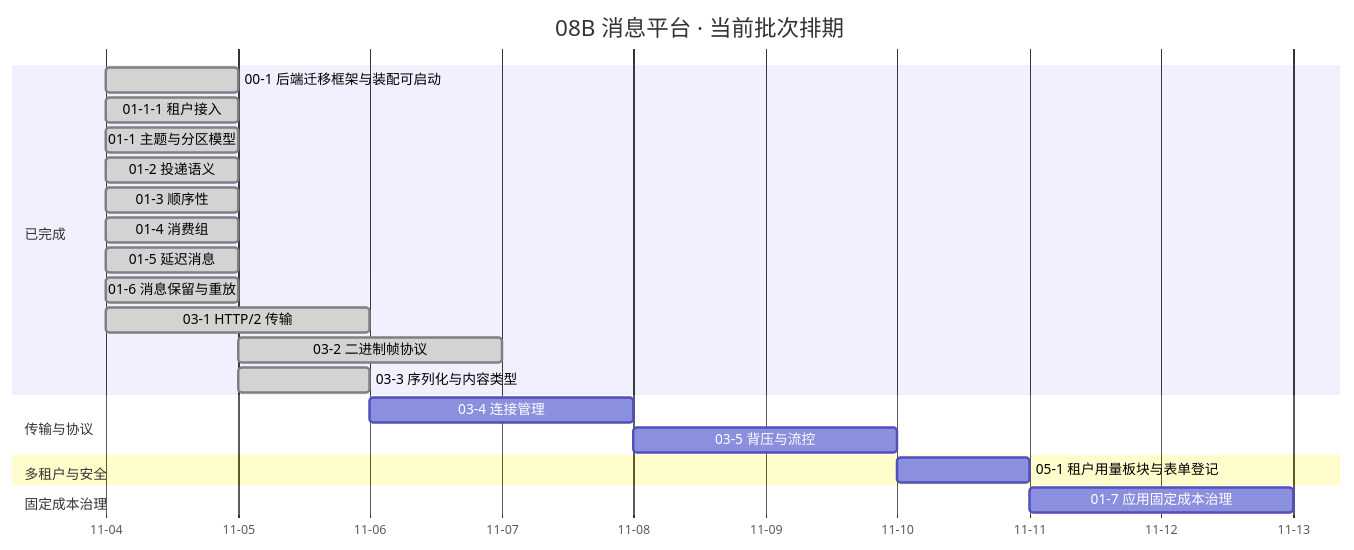
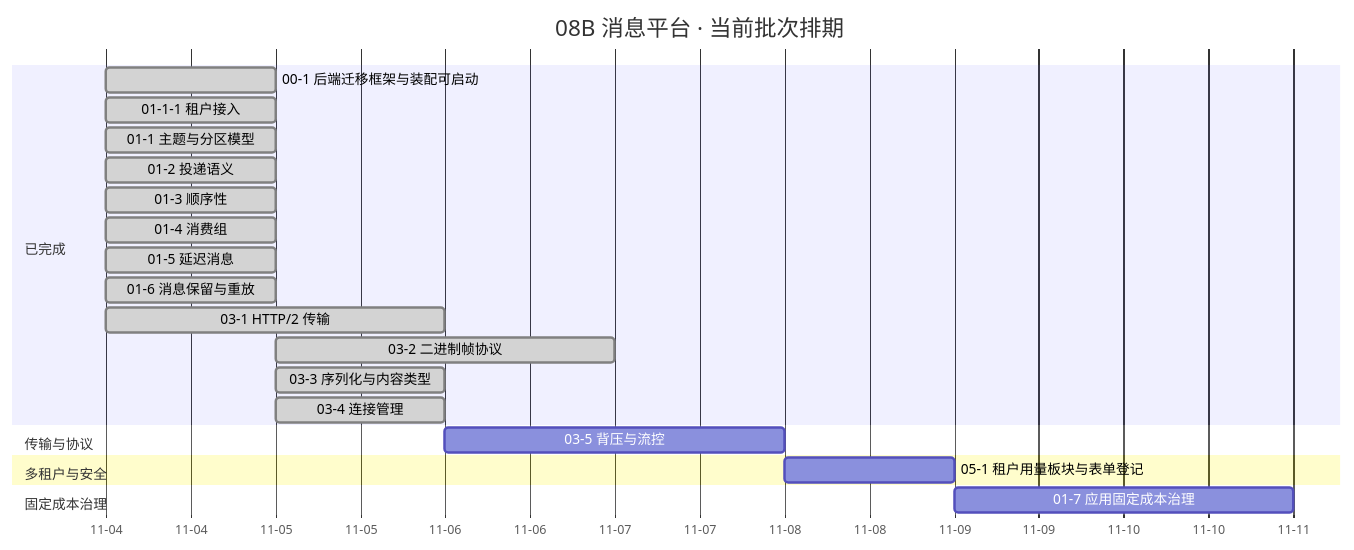
Before and after one commit to minjian123/message-platform: the diagram in msg文档/项目/08B_消息平台/计划/01_计划_消息平台.md, drawn with Mermaid. The commit also changed other lines of this file and 6 other files, not shown here.

````diff
--- a/msg文档/项目/08B_消息平台/计划/01_计划_消息平台.md
+++ b/msg文档/项目/08B_消息平台/计划/01_计划_消息平台.md
@@ -66,26 +66,26 @@
 ```mermaid
 gantt
     title 08B 消息平台 · 当前批次排期
     %% 任务域 02 全部为搁置行（待 8B_01 go/no-go / 8B_05），不入甘特
     dateFormat YYYY-MM-DD
     axisFormat %m-%d
     section 已完成
     00-1 后端迁移框架与装配可启动 :done, d001, 2026-11-04, 1d
     01-1-1 租户接入 :done, d0111, 2026-11-04, 1d
     01-1 主题与分区模型 :done, t011, 2026-11-04, 1d
     01-2 投递语义 :done, t012, 2026-11-04, 1d
     01-3 顺序性 :done, t013, 2026-11-04, 1d
     01-4 消费组 :done, t014, 2026-11-04, 1d
     01-5 延迟消息 :done, t015, 2026-11-04, 1d
     01-6 消息保留与重放 :done, t016, 2026-11-04, 1d
     03-1 HTTP/2 传输 :done, t031, 2026-11-04, 2d
     03-2 二进制帧协议 :done, t032, 2026-11-05, 2d
     03-3 序列化与内容类型 :done, t033, 2026-11-05, 1d
+    03-4 连接管理 :done, t034, 2026-11-05, 1d
     section 传输与协议
-    03-4 连接管理 :t034, after t033, 2d
     03-5 背压与流控 :t035, after t034, 2d
     section 多租户与安全
     05-1 租户用量板块与表单登记 :t051, after t035, 1d
     section 固定成本治理
     01-7 应用固定成本治理 :t017, after t051, 2d
 ```
````
